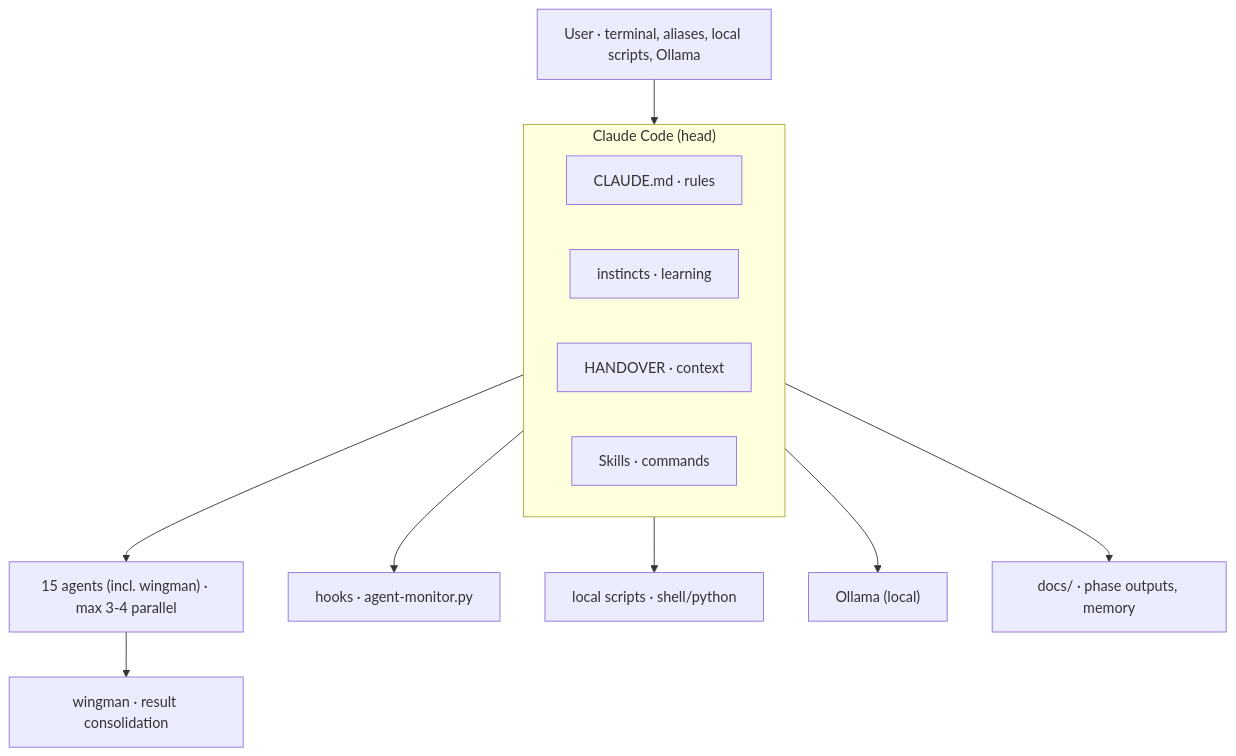
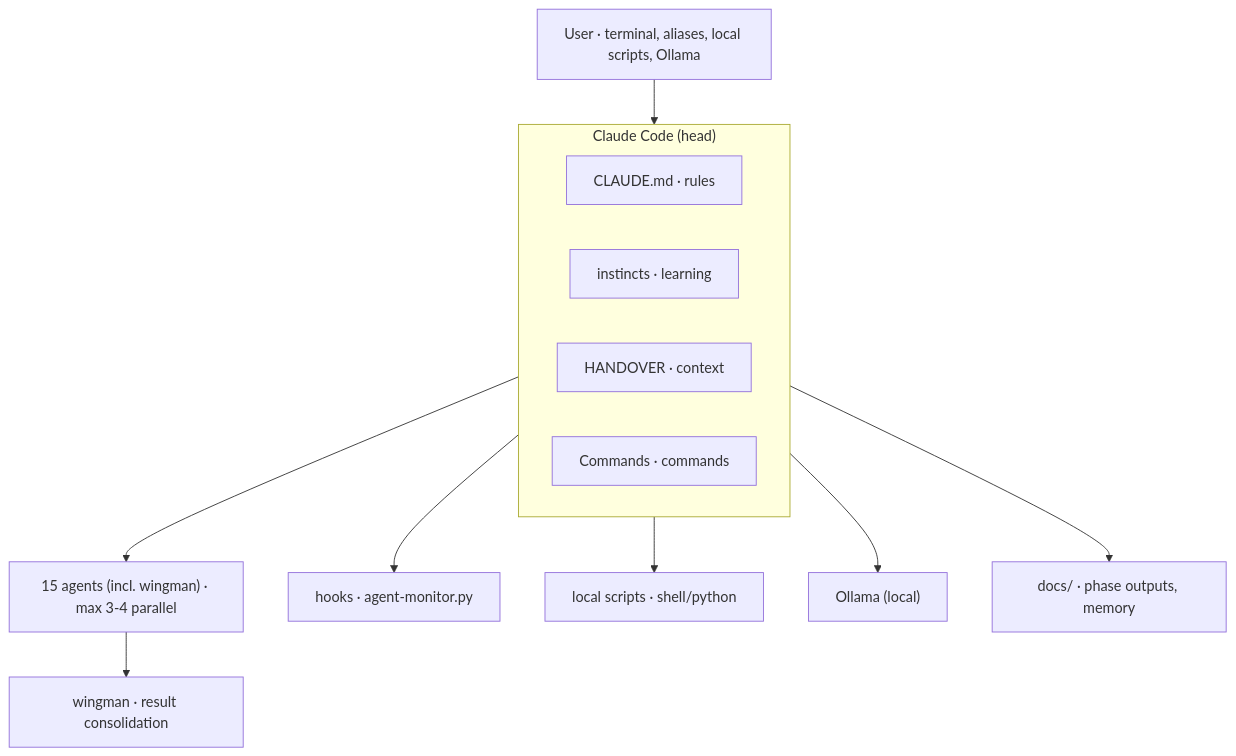
The diagram in handbook/SYSTEM_OVERVIEW.md (jonase47/ccpr), drawn with Mermaid before and after one commit. The commit also changed other lines of this file and 16 other files, not shown here.

````diff
--- a/handbook/SYSTEM_OVERVIEW.md
+++ b/handbook/SYSTEM_OVERVIEW.md
@@ -69,16 +69,16 @@
 ```mermaid
 flowchart TD
     User["User · terminal, aliases, local scripts, Ollama"] --> CC
     subgraph CC["Claude Code (head)"]
         Rules["CLAUDE.md · rules"]
         Inst["instincts · learning"]
         Hand["HANDOVER · context"]
-        Skills["Skills · commands"]
+        Commands["Commands · commands"]
     end
     CC --> Agents["15 agents (incl. wingman) · max 3-4 parallel"]
     Agents --> Wing["wingman · result consolidation"]
     CC --> Hooks["hooks · agent-monitor.py"]
     CC --> Scripts["local scripts · shell/python"]
     CC --> Ollama["Ollama (local)"]
     CC --> Docs["docs/ · phase outputs, memory"]
 ```
````
